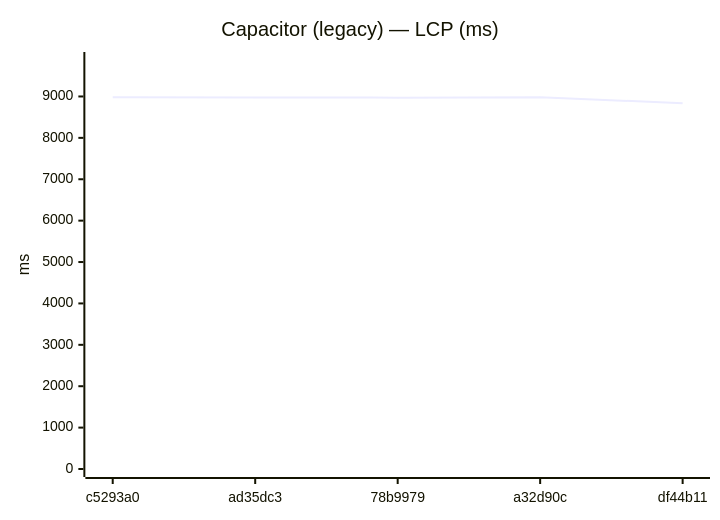
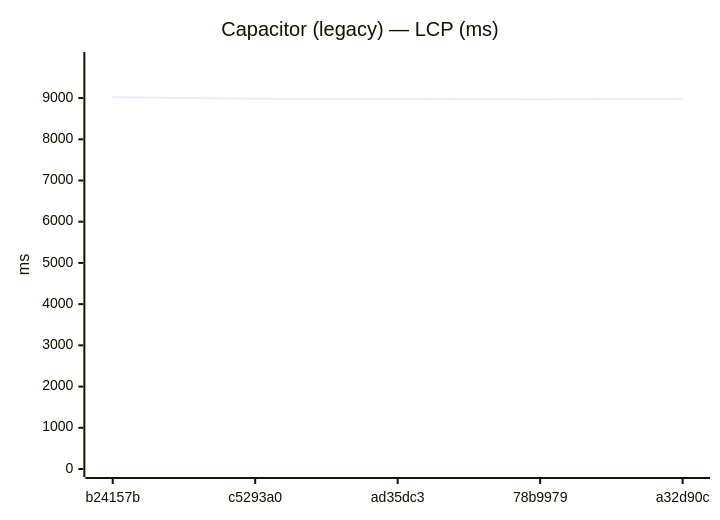
Before and after one commit to Metaheurist/Rianell: diagram 13 of 24 in benchmarks/compare.md, drawn with Mermaid. The commit also changed other lines of this file and 14 other files, not shown here.

````diff
--- a/benchmarks/compare.md
+++ b/benchmarks/compare.md
@@ -194,7 +194,7 @@
 ```mermaid
 xychart-beta
     title "Capacitor (legacy) — LCP (ms)"
-    x-axis ["c5293a0", "ad35dc3", "78b9979", "a32d90c", "df44b11"]
-    y-axis "ms" 0 --> 9881
-    line [8982, 8976, 8972, 8979, 8838]
+    x-axis ["b24157b", "c5293a0", "ad35dc3", "78b9979", "a32d90c"]
+    y-axis "ms" 0 --> 9924
+    line [9021, 8982, 8976, 8972, 8979]
 ```
````
